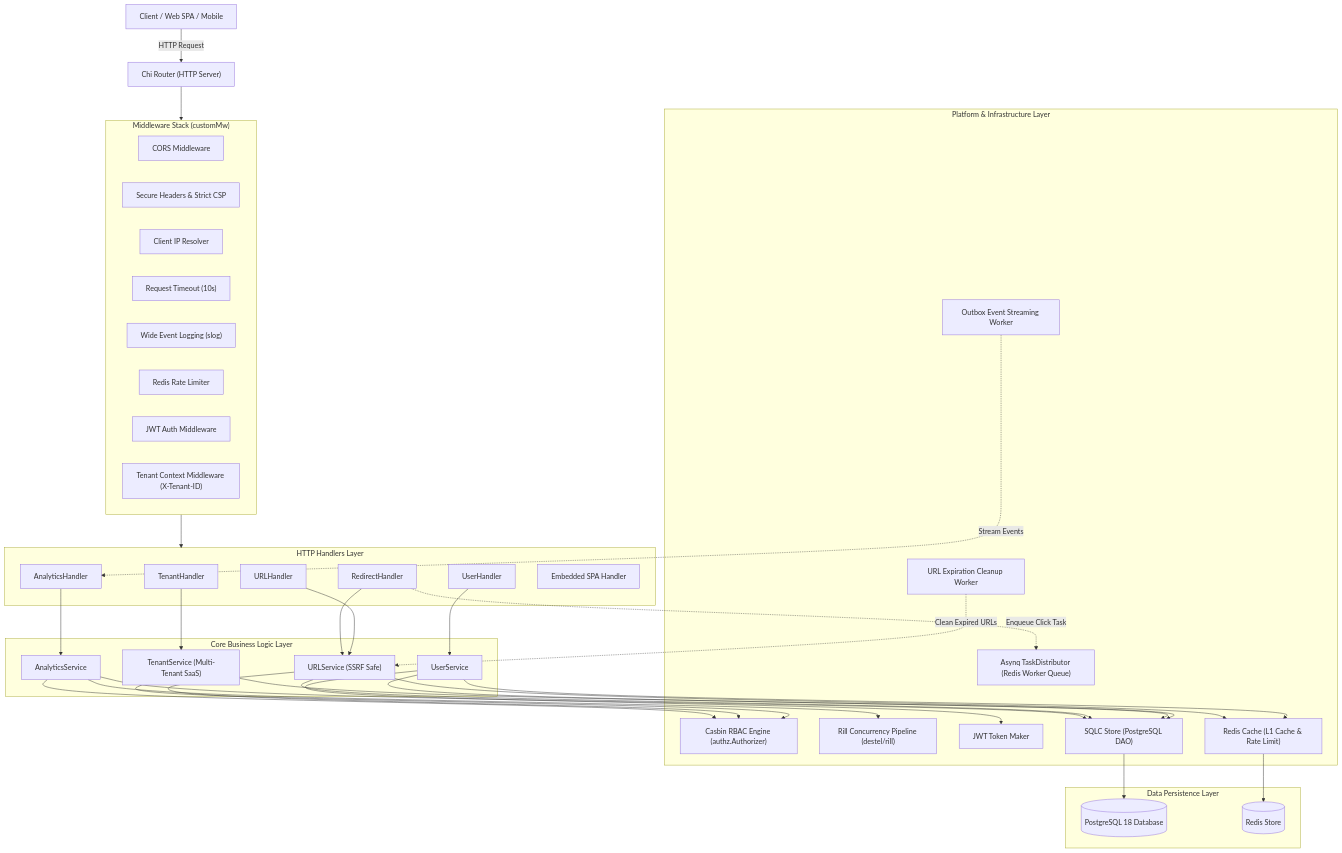
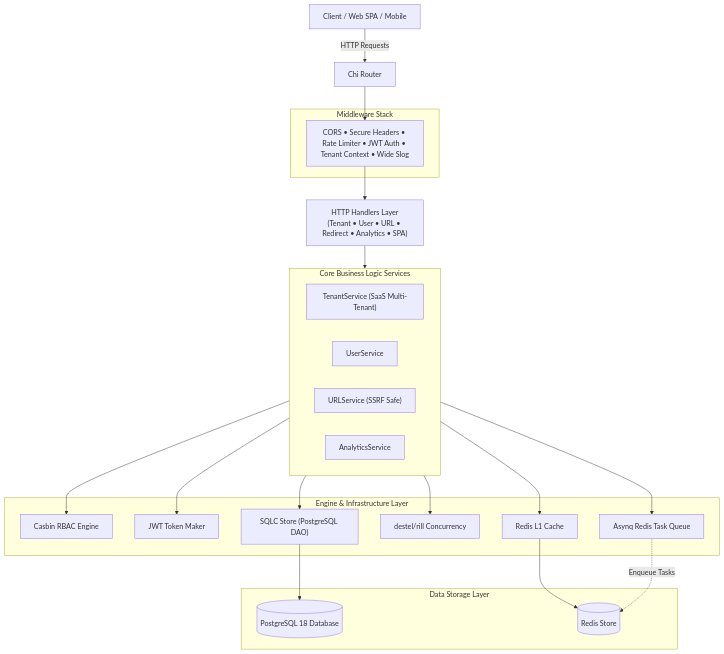
The first of 2 diagrams in README.md (semmidev/url-shortener), drawn with Mermaid before and after one commit. The commit also changed other lines of this file and 11 other files, not shown here.

Commit message:
docs(readme): menghapus sequence diagram, memindahkan folder observability ke scripts, dan merapikan diagram arsitektur

````diff
--- a/README.md
+++ b/README.md
@@ -97,76 +95,45 @@
 ```mermaid
 graph TD
-    Client["Client / Web SPA / Mobile"] --> |HTTP Request| Router["Chi Router (HTTP Server)"]
+    Client["Client / Web SPA / Mobile"] -->|HTTP Requests| Router["Chi Router"]
 
-    subgraph MiddlewareStack["Middleware Stack (customMw)"]
-        CORS["CORS Middleware"]
-        SecureHeaders["Secure Headers & Strict CSP"]
-        ClientIP["Client IP Resolver"]
-        Timeout["Request Timeout (10s)"]
-        LoggerMW["Wide Event Logging (slog)"]
-        RateLimiter["Redis Rate Limiter"]
-        AuthMW["JWT Auth Middleware"]
-        TenantMW["Tenant Context Middleware (X-Tenant-ID)"]
+    subgraph MiddlewareStack["Middleware Stack"]
+        MW["CORS • Secure Headers • Rate Limiter • JWT Auth • Tenant Context • Wide Slog"]
     end
 
-    Router --> MiddlewareStack
+    Router --> MW
+    MW --> Handlers["HTTP Handlers Layer<br/>(Tenant • User • URL • Redirect • Analytics • SPA)"]
 
-    subgraph Handlers["HTTP Handlers Layer"]
-        TenantH["TenantHandler"]
-        UserH["UserHandler"]
-        URLH["URLHandler"]
-        RedirectH["RedirectHandler"]
-        AnalyticsH["AnalyticsHandler"]
-        SPAH["Embedded SPA Handler"]
-    end
-
-    MiddlewareStack --> Handlers
-
-    subgraph Services["Core Business Logic Layer"]
-        TenantSvc["TenantService (Multi-Tenant SaaS)"]
+    subgraph BusinessLogic["Core Business Logic Services"]
+        TenantSvc["TenantService (SaaS Multi-Tenant)"]
         UserSvc["UserService"]
         URLSvc["URLService (SSRF Safe)"]
         AnalyticsSvc["AnalyticsService"]
     end
 
-    TenantH --> TenantSvc
-    UserH --> UserSvc
-    URLH --> URLSvc
-    RedirectH --> URLSvc
-    AnalyticsH --> AnalyticsSvc
+    Handlers --> BusinessLogic
 
-    subgraph PlatformLayer["Platform & Infrastructure Layer"]
-        Casbin["Casbin RBAC Engine (authz.Authorizer)"]
-        RillPipeline["Rill Concurrency Pipeline (destel/rill)"]
-        TaskDistributor["Asynq TaskDistributor (Redis Worker Queue)"]
-        OutboxWorker["Outbox Event Streaming Worker"]
-        CleanupWorker["URL Expiration Cleanup Worker"]
+    subgraph PlatformInfrastructure["Engine & Infrastructure Layer"]
+        Casbin["Casbin RBAC Engine"]
         JWTMaker["JWT Token Maker"]
-        RedisCache["Redis Cache (L1 Cache & Rate Limit)"]
+        RedisCache["Redis L1 Cache"]
+        RillPipeline["destel/rill Concurrency"]
+        TaskDistributor["Asynq Redis Task Queue"]
         SQLCStore["SQLC Store (PostgreSQL DAO)"]
     end
 
-    TenantSvc --> Casbin
-    TenantSvc --> SQLCStore
-    UserSvc --> JWTMaker
-    UserSvc --> RedisCache
-    UserSvc --> SQLCStore
-    URLSvc --> Casbin
-    URLSvc --> RedisCache
-    URLSvc --> SQLCStore
-    AnalyticsSvc --> Casbin
-    AnalyticsSvc --> RillPipeline
-    AnalyticsSvc --> SQLCStore
+    BusinessLogic --> Casbin
+    BusinessLogic --> JWTMaker
+    BusinessLogic --> RedisCache
+    BusinessLogic --> RillPipeline
+    BusinessLogic --> TaskDistributor
+    BusinessLogic --> SQLCStore
 
-    RedirectH -.->|Enqueue Click Task| TaskDistributor
-    CleanupWorker -.->|Clean Expired URLs| URLSvc
-    OutboxWorker -.->|Stream Events| AnalyticsH
-
-    subgraph DataStorage["Data Persistence Layer"]
+    subgraph Persistence["Data Storage Layer"]
         PostgreSQL[("PostgreSQL 18 Database")]
         RedisDB[("Redis Store")]
     end
 
     SQLCStore --> PostgreSQL
     RedisCache --> RedisDB
+    TaskDistributor -.->|Enqueue Tasks| RedisDB
 ```
````
